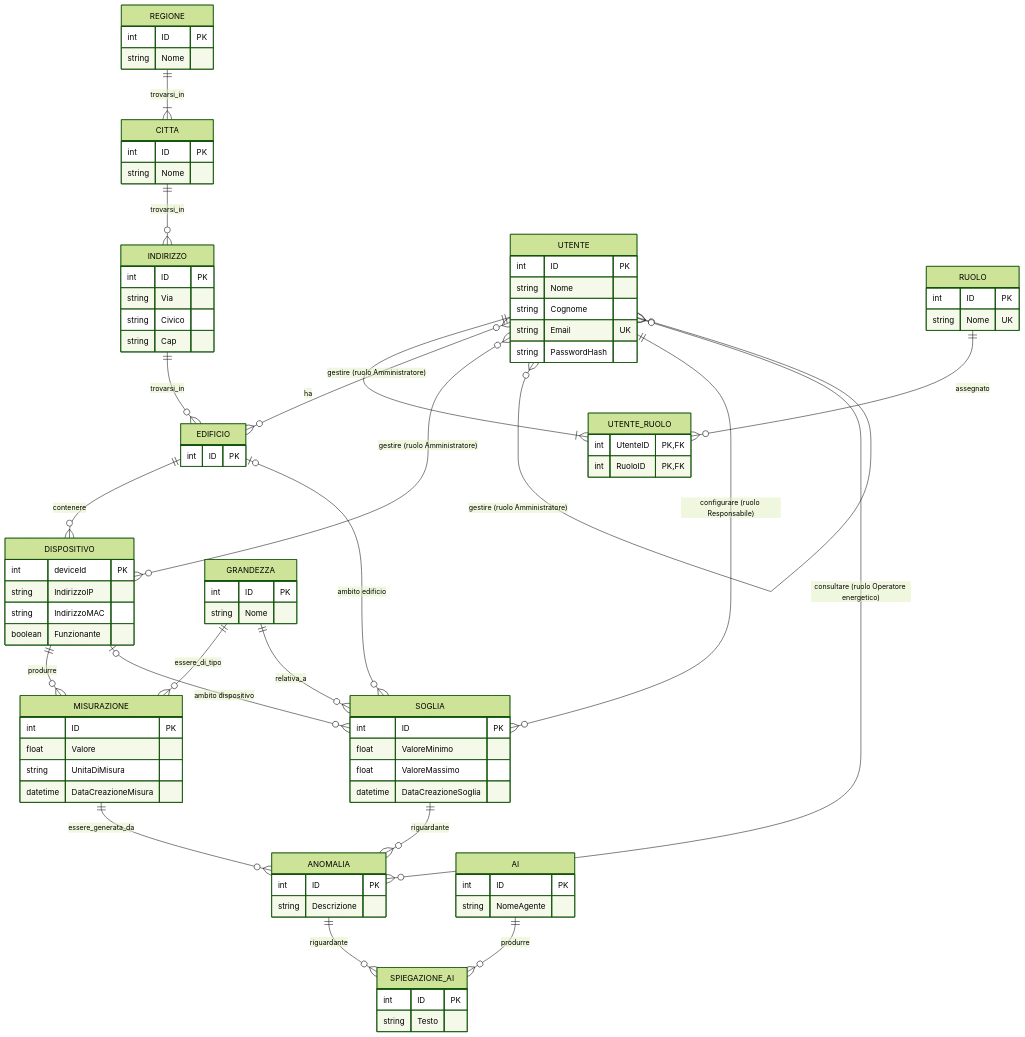
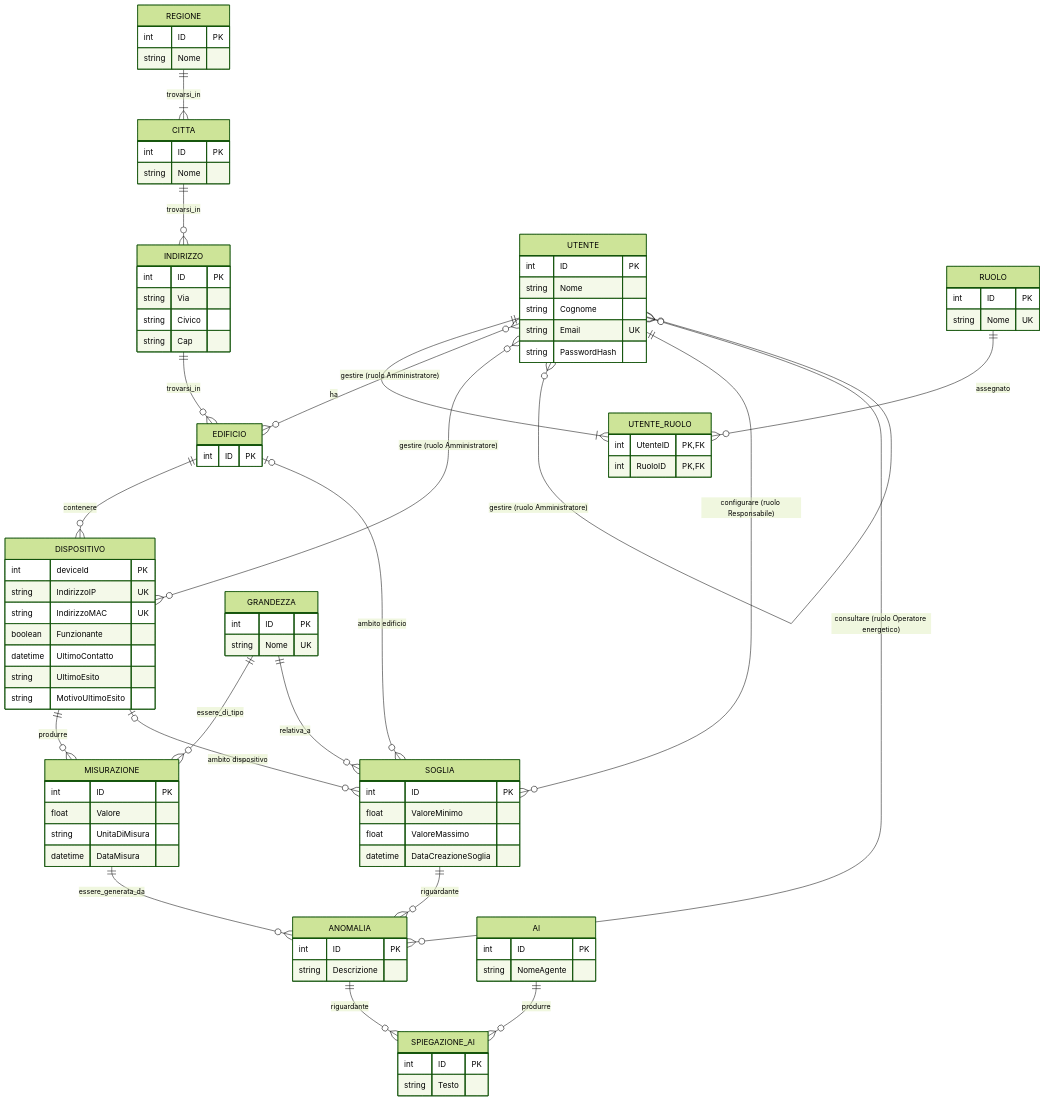
One commit to RickdoMasco/EnergyMonitor_UF14 changed the diagram in docs/data-model.md. Above: the diagram before and after it, drawn with Mermaid (forest theme). The commit also changed other lines of this file and 7 other files, not shown here.

```diff
--- a/docs/data-model.md
+++ b/docs/data-model.md
@@ -237,21 +255,24 @@
 
     DISPOSITIVO {
         int deviceId PK
-        string IndirizzoIP
-        string IndirizzoMAC
+        string IndirizzoIP UK
+        string IndirizzoMAC UK
         boolean Funzionante
+        datetime UltimoContatto
+        string UltimoEsito
+        string MotivoUltimoEsito
     }
 
     MISURAZIONE {
         int ID PK
         float Valore
         string UnitaDiMisura
-        datetime DataCreazioneMisura
+        datetime DataMisura
     }
 
     GRANDEZZA {
         int ID PK
-        string Nome
+        string Nome UK
     }
 
     SOGLIA {
```
